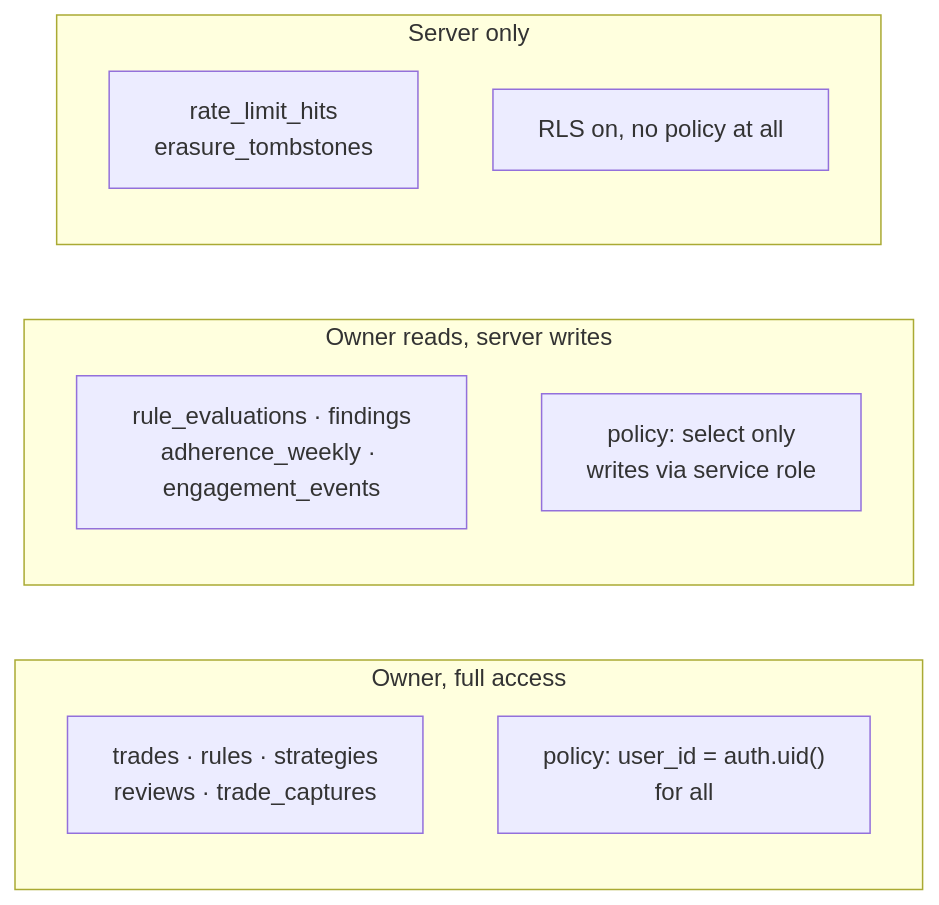
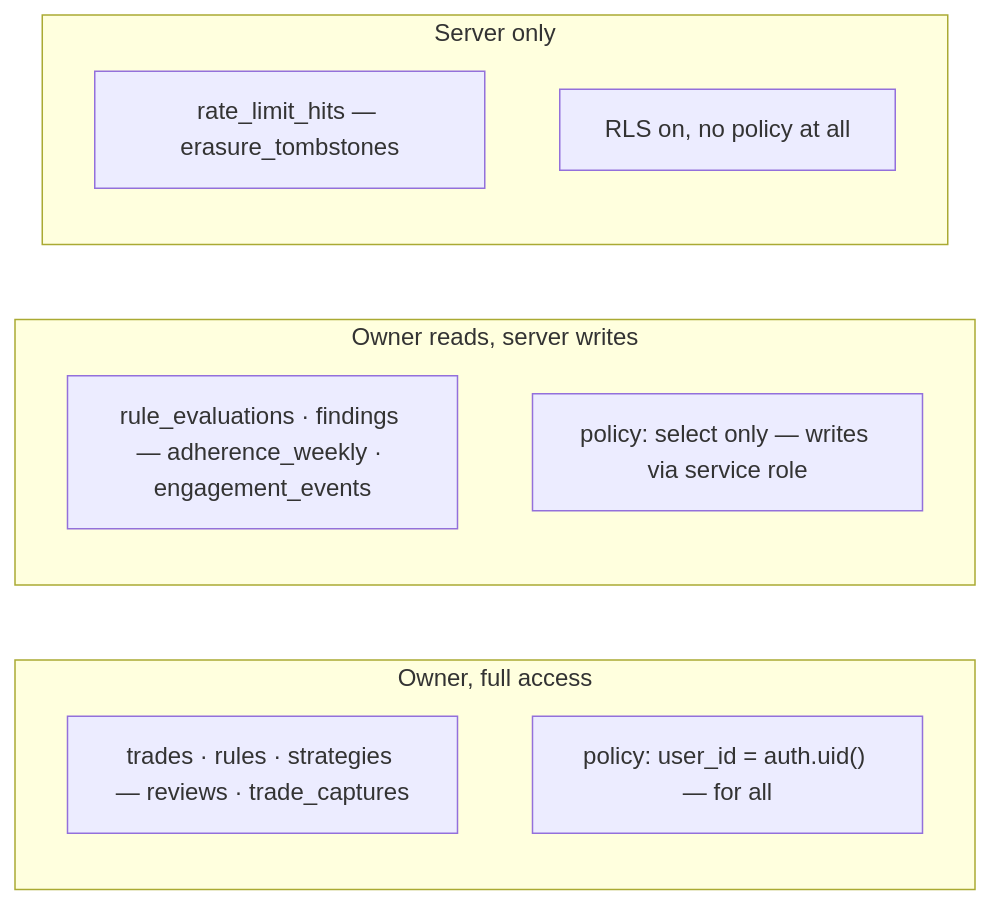
Before and after one commit to lucedge/Retrospeq_v1: the third of 3 diagrams in docs/handbook/05-data-access.md, drawn with Mermaid. The commit also changed other lines of this file and 3 other files, not shown here.

First line of the commit message:
Docs site: render diagrams on first view, fix two diagrams broken by semicolons

````diff
--- a/docs/handbook/05-data-access.md
+++ b/docs/handbook/05-data-access.md
@@ -162,18 +162,18 @@
 ```mermaid
 flowchart LR
   subgraph S1["Owner, full access"]
     direction TB
-    A1["trades · rules · strategies<br/>reviews · trade_captures"]
-    A2["policy: user_id = auth.uid()<br/>for all"]
+    A1["trades · rules · strategies — reviews · trade_captures"]
+    A2["policy: user_id = auth.uid() — for all"]
   end
   subgraph S2["Owner reads, server writes"]
     direction TB
-    B1["rule_evaluations · findings<br/>adherence_weekly · engagement_events"]
-    B2["policy: select only<br/>writes via service role"]
+    B1["rule_evaluations · findings — adherence_weekly · engagement_events"]
+    B2["policy: select only — writes via service role"]
   end
   subgraph S3["Server only"]
     direction TB
-    C1["rate_limit_hits<br/>erasure_tombstones"]
+    C1["rate_limit_hits — erasure_tombstones"]
     C2["RLS on, no policy at all"]
   end
 ```
````
